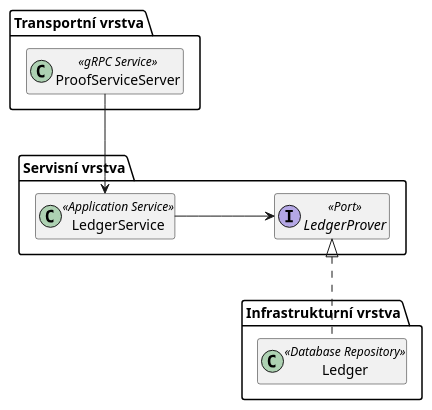
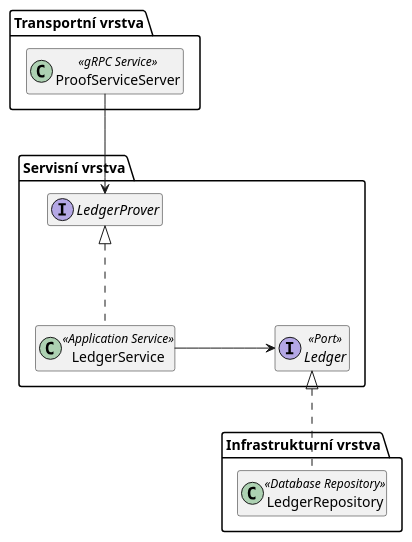
Before and after one commit to andrlikjirka/dp-teals: the diagram in docs/architecture/deps-example.puml, drawn with PlantUML. The commit also changed 3 other files, not shown here.

Commit message:
Refactor system context and container diagrams for clarity and consistency

```diff
--- a/docs/architecture/deps-example.puml
+++ b/docs/architecture/deps-example.puml
@@ -1,34 +1,39 @@
 @startuml
 
 'title Ukázka závislostí mezi vrstvami
 
 hide empty members
 skinparam nodesep 100
 skinparam ranksep 100
 
 package "Transportní vrstva" {
     class ProofServiceServer <<gRPC Service>> {
     }
 }
 
 package "Servisní vrstva" {
+    interface LedgerProver {
+    }
+
     class LedgerService <<Application Service>> {
 
     }
 
-    interface LedgerProver <<Port>> {
+    interface Ledger <<Port>> {
 
     }
 }
 
 package "Infrastrukturní vrstva" {
-    class Ledger <<Database Repository>> {
+    class LedgerRepository <<Database Repository>> {
 
     }
 }
 
-ProofServiceServer --> LedgerService
-LedgerService -> LedgerProver
-LedgerProver <|.. Ledger
+ProofServiceServer --> LedgerProver
+
+LedgerProver <|.. LedgerService
+LedgerService -> Ledger
+Ledger <|.. LedgerRepository
 
 @enduml
```
